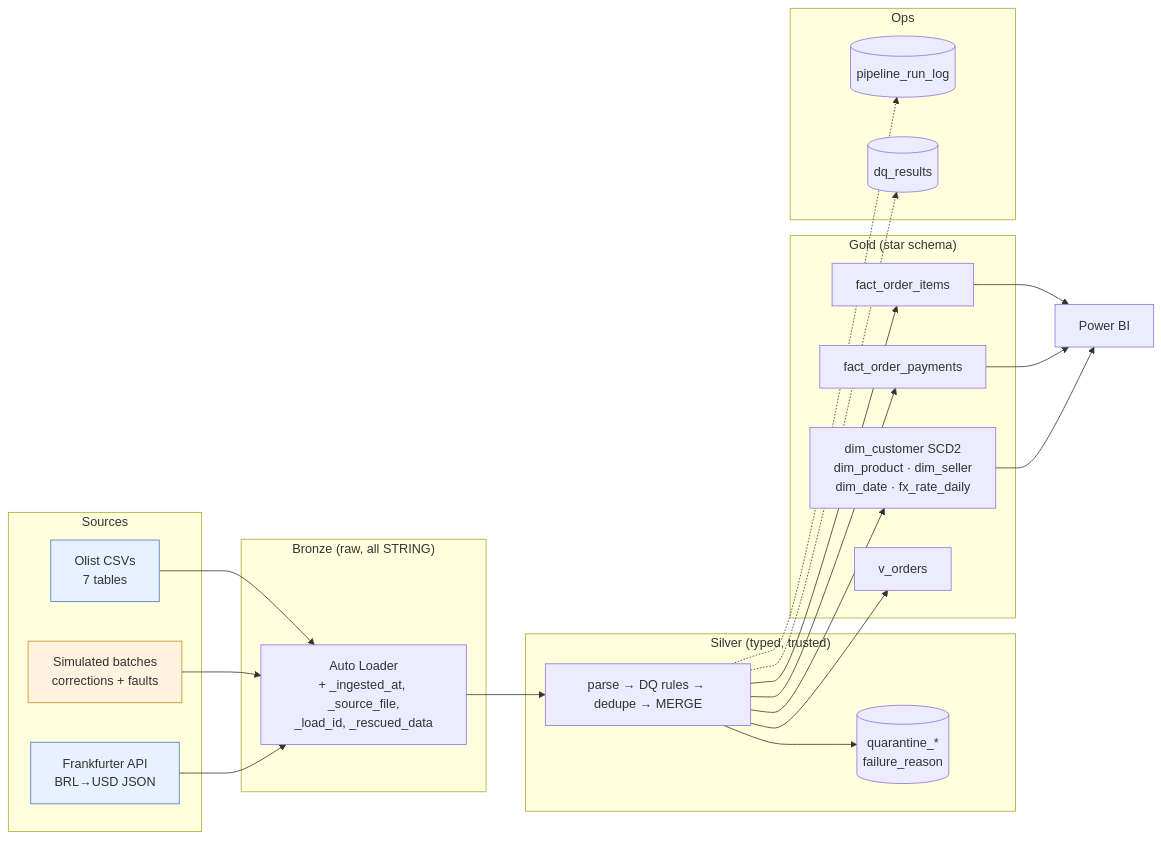
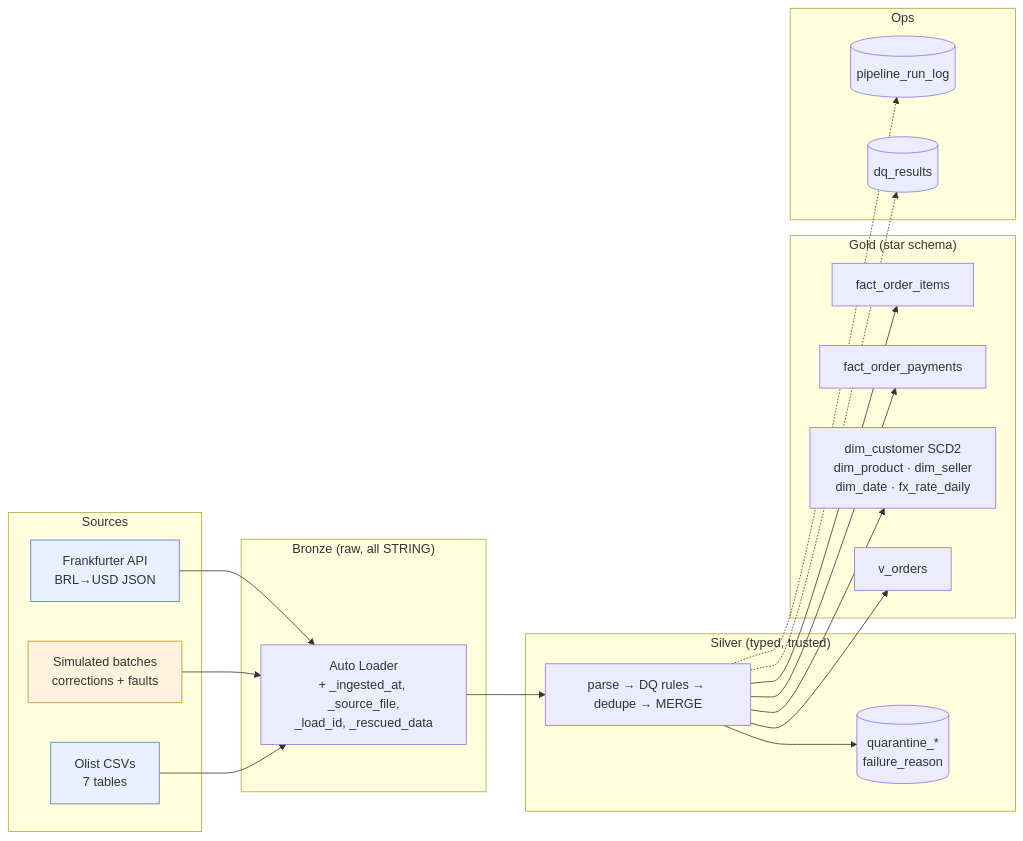
One commit to ANISHTWAGLE/order-to-cash-lakehouse changed the first of 2 diagrams in README.md. Above: the diagram before and after it, drawn with Mermaid. The commit also changed other lines of this file and 2 other files, not shown here.

````diff
--- a/README.md
+++ b/README.md
@@ -11,35 +11,34 @@
 ```mermaid
 flowchart LR
   subgraph Sources
     A[Olist CSVs<br/>7 tables]:::src
     B[Frankfurter API<br/>BRL→USD JSON]:::src
     C[Simulated batches<br/>corrections + faults]:::sim
   end
   subgraph Bronze["Bronze (raw, all STRING)"]
     BR[Auto Loader<br/>+ _ingested_at, _source_file,<br/>_load_id, _rescued_data]
   end
   subgraph Silver["Silver (typed, trusted)"]
     SV[parse → DQ rules → dedupe → MERGE]
     Q[(quarantine_*<br/>failure_reason)]
   end
   subgraph Gold["Gold (star schema)"]
     F1[fact_order_items]
     F2[fact_order_payments]
     D[dim_customer SCD2<br/>dim_product · dim_seller<br/>dim_date · fx_rate_daily]
     V[v_orders]
   end
   subgraph Ops
     L[(pipeline_run_log)]
     DQ[(dq_results)]
   end
   A --> BR
   C --> BR
   B --> BR
   BR --> SV
   SV --> Q
   SV --> F1 & F2 & D & V
   SV -.-> L & DQ
-  F1 & F2 & D --> PBI[Power BI]
   classDef src fill:#e8f1ff,stroke:#4a78c2
   classDef sim fill:#fff3e0,stroke:#c98a1a
 ```
````
